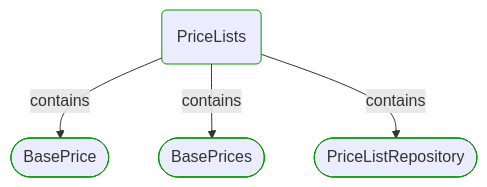
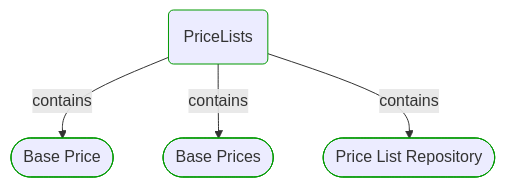
One commit to itlibrium/DDD-starter-dotnet changed the third of 5 diagrams in Docs/P3/MermaidOutput/Modules/Sales/Pricing/PriceLists/PriceLists.md. Above: the diagram before and after it, drawn with Mermaid. The commit also changed other lines of this file and 174 other files, not shown here.

````diff
--- a/Docs/P3/MermaidOutput/Modules/Sales/Pricing/PriceLists/PriceLists.md
+++ b/Docs/P3/MermaidOutput/Modules/Sales/Pricing/PriceLists/PriceLists.md
@@ -45,17 +48,17 @@
 ```mermaid
   flowchart TB
     0(PriceLists)
     class 0 DomainPerspective
-    1([BasePrice])
+    1([Base Price])
     class 1 DomainPerspective
     0-->|contains|1
-    2([BasePrices])
+    2([Base Prices])
     class 2 DomainPerspective
     0-->|contains|2
-    3([PriceListRepository])
+    3([Price List Repository])
     class 3 DomainPerspective
     0-->|contains|3
     classDef DomainPerspective stroke:#009900
     classDef TechnologyPerspective stroke:#1F41EB
     classDef PeoplePerspective stroke:#FFF014
 ```
````
